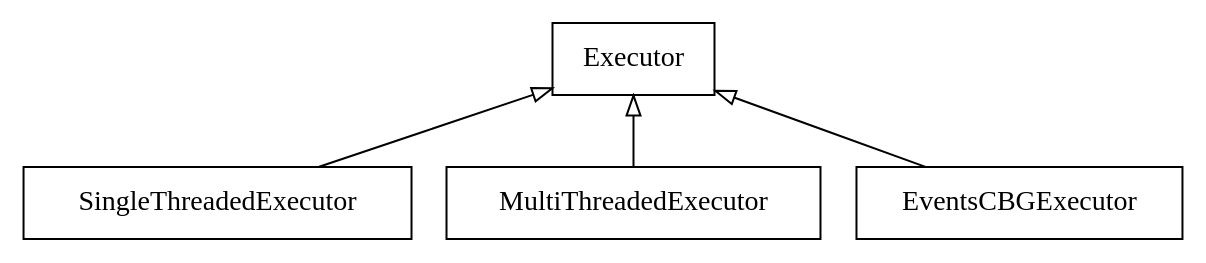
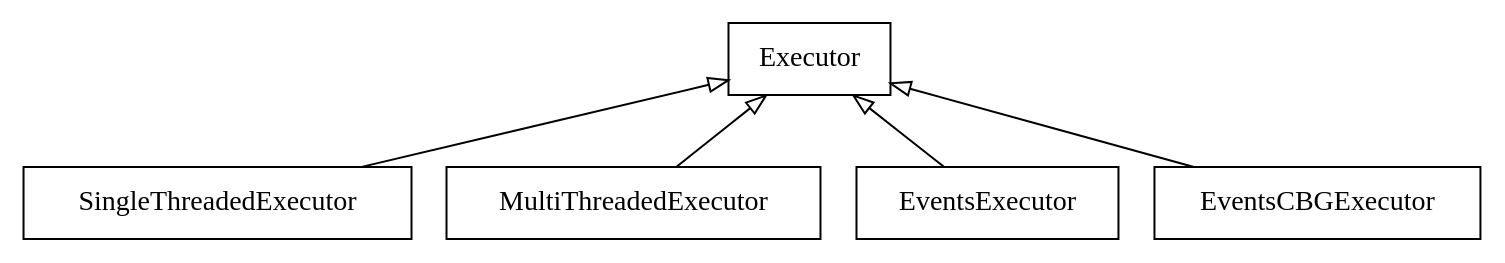
Before and after one commit to ros2/ros2_documentation: the diagram in source/ROS-Framework/client-libraries/About-Executors/About-Executors.rst, drawn with Graphviz. The commit also changed other lines of this file, not shown here.

First line of the commit message:
docs: describe the EventsExecutor in About Executors

```diff
--- a/source/ROS-Framework/client-libraries/About-Executors/About-Executors.rst
+++ b/source/ROS-Framework/client-libraries/About-Executors/About-Executors.rst
@@ -85,13 +86,15 @@
 .. graphviz::
 
    digraph Flatland {
 
       Executor -> SingleThreadedExecutor [dir = back, arrowtail = empty];
       Executor -> MultiThreadedExecutor [dir = back, arrowtail = empty];
+      Executor -> EventsExecutor [dir = back, arrowtail = empty];
       Executor -> EventsCBGExecutor [dir = back, arrowtail = empty];
       Executor  [shape=polygon,sides=4];
       SingleThreadedExecutor  [shape=polygon,sides=4];
       MultiThreadedExecutor  [shape=polygon,sides=4];
+      EventsExecutor  [shape=polygon,sides=4];
       EventsCBGExecutor  [shape=polygon,sides=4];
 
       }
```
